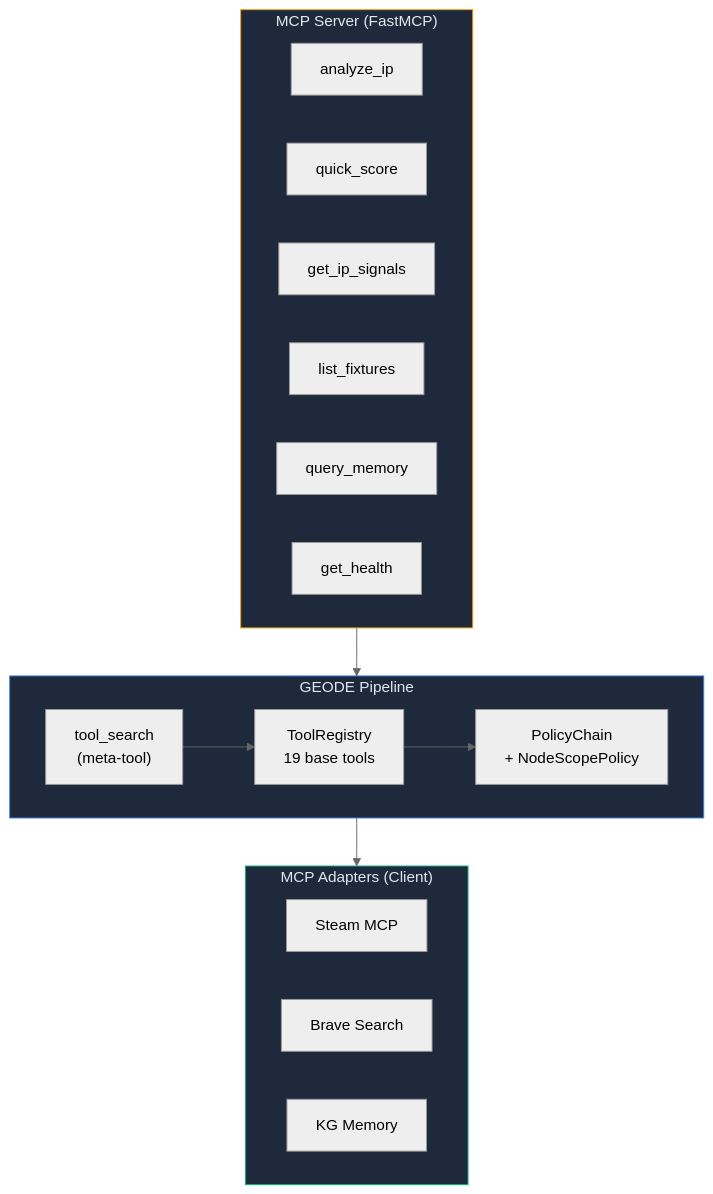
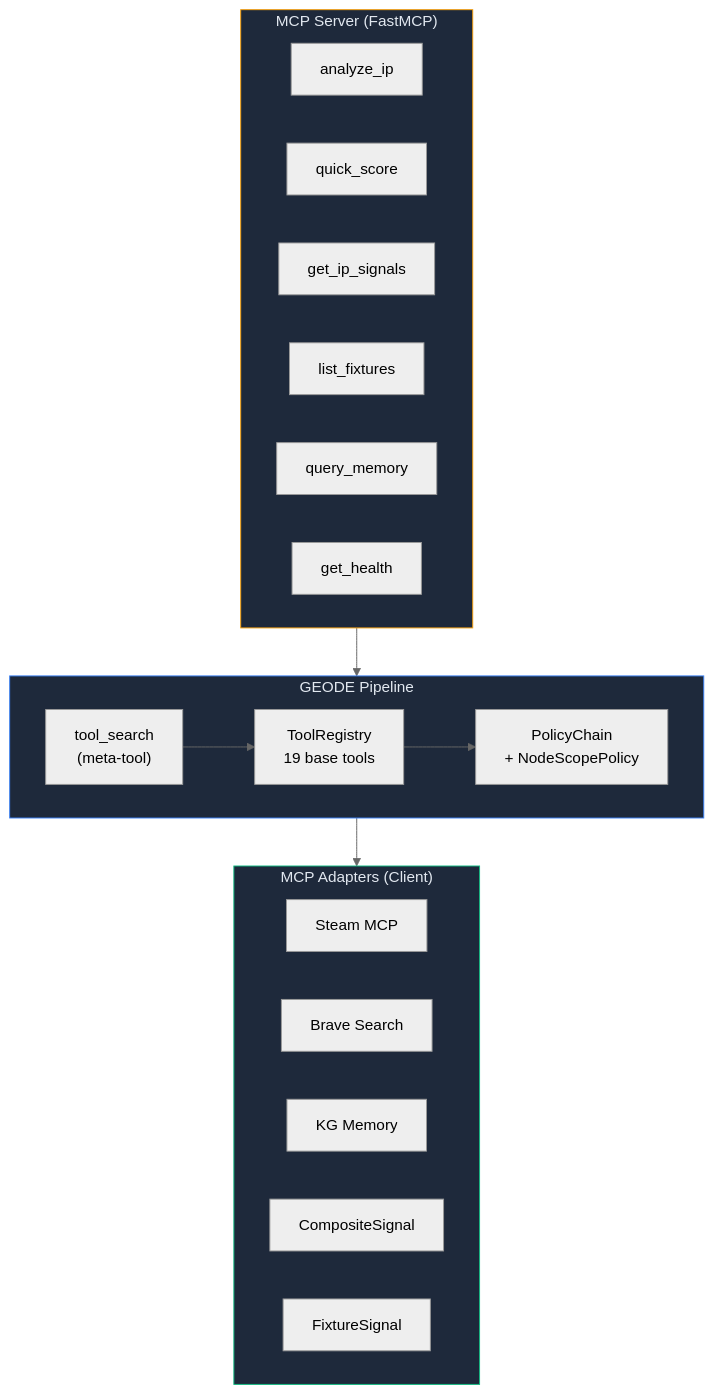
Before and after one commit to mangowhoiscloud/geode: the sixth of 12 diagrams in README.md, drawn with Mermaid (neutral theme). The commit also changed other lines of this file, not shown here.

First line of the commit message:
docs: fix mermaid accuracy + add 8 missing feature sections

````diff
--- a/README.md
+++ b/README.md
@@ -208,32 +212,34 @@
 ```mermaid
 graph TB
     subgraph GEODE["GEODE Pipeline"]
         Registry["ToolRegistry<br/>19 base tools"]
         Policy["PolicyChain<br/>+ NodeScopePolicy"]
         TS["tool_search<br/>(meta-tool)"]
     end
 
     subgraph MCPAdapters["MCP Adapters (Client)"]
         Steam["Steam MCP"]
         Brave["Brave Search"]
         KGMem["KG Memory"]
+        CompSig["CompositeSignal"]
+        FixSig["FixtureSignal"]
     end
 
     subgraph MCPServer["MCP Server (FastMCP)"]
         T1["analyze_ip"]
         T2["quick_score"]
         T3["get_ip_signals"]
         T4["list_fixtures"]
         T5["query_memory"]
         T6["get_health"]
     end
 
     Registry --> Policy
     TS --> Registry
     GEODE --> MCPAdapters
     MCPServer --> GEODE
 
     style GEODE fill:#1e293b,stroke:#3b82f6,color:#e2e8f0
     style MCPAdapters fill:#1e293b,stroke:#10b981,color:#e2e8f0
     style MCPServer fill:#1e293b,stroke:#f59e0b,color:#e2e8f0
 ```
````
